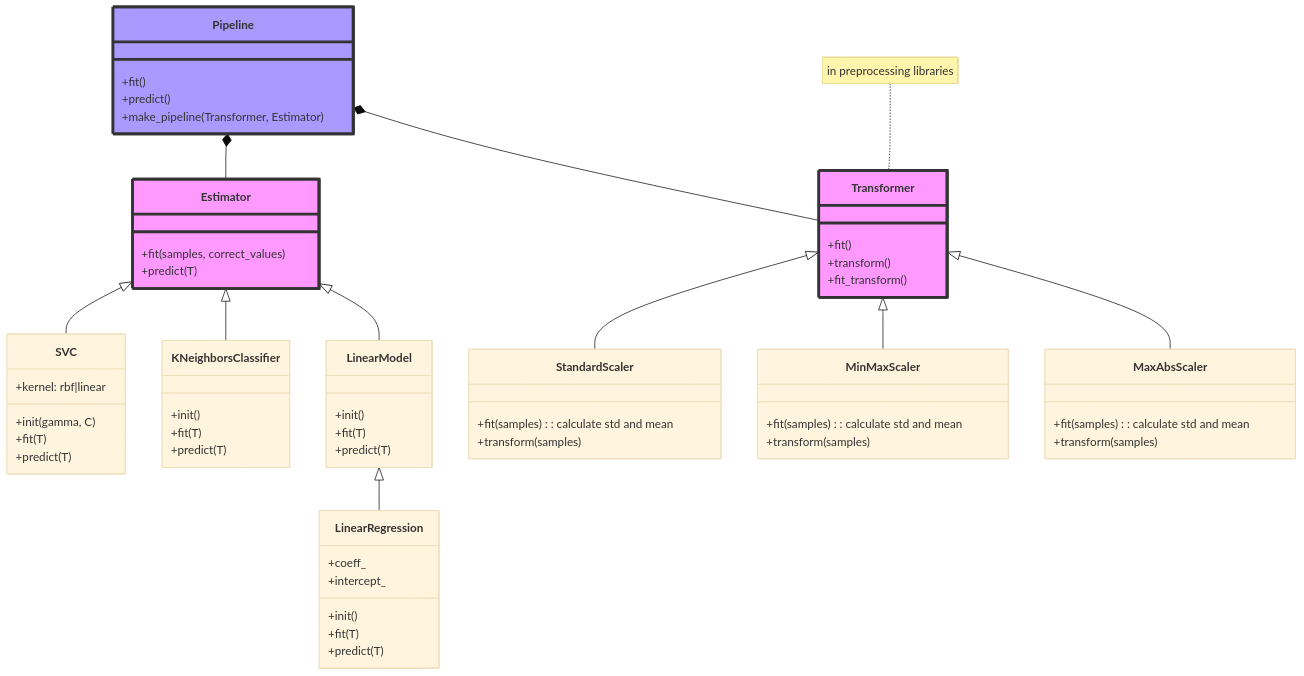
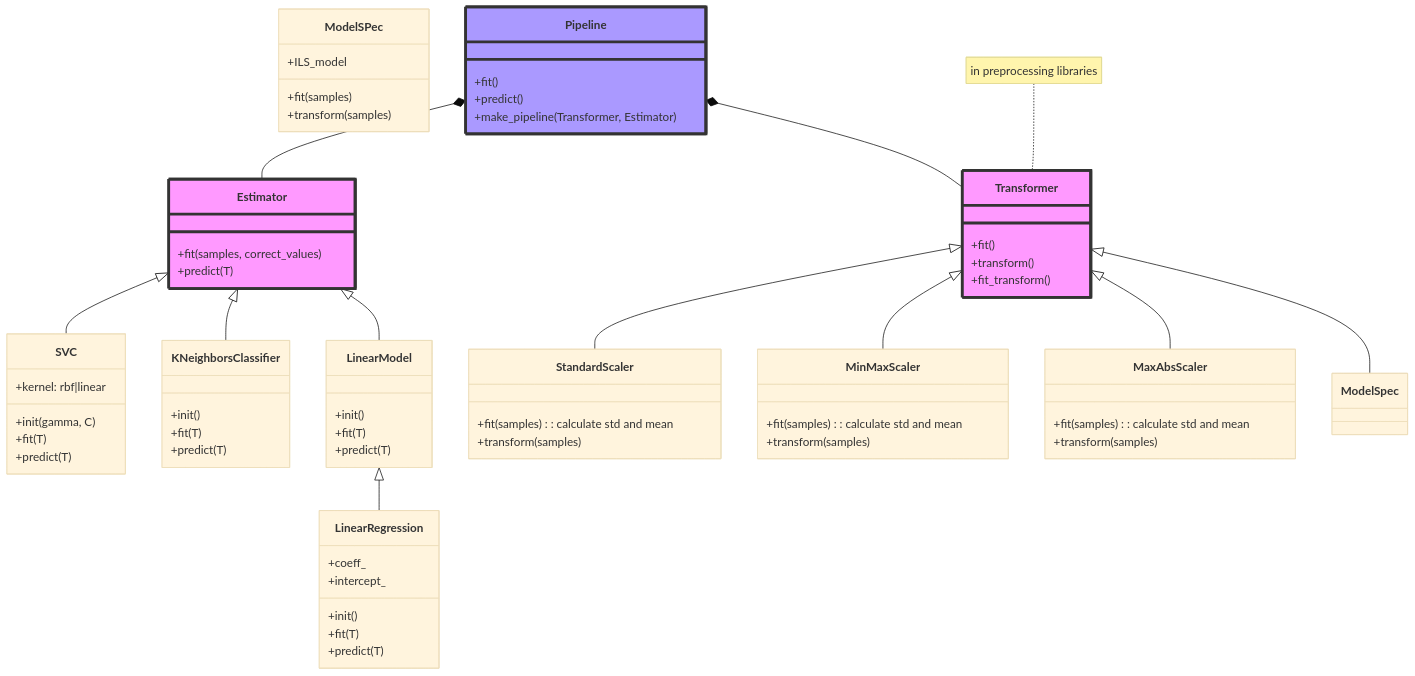
One commit to FDrico/statistical_learning changed the first of 5 diagrams in notebooks/machete.md. Above: the diagram before and after it, drawn with Mermaid (base theme). The commit also changed other lines of this file and 2 other files, not shown here.

````diff
--- a/notebooks/machete.md
+++ b/notebooks/machete.md
@@ -157,62 +168,68 @@
 ```mermaid
 classDiagram
     Estimator <|-- SVC
     Estimator <|-- KNeighborsClassifier
     Estimator <|-- LinearModel
     LinearModel <|-- LinearRegression
     Estimator: +fit(samples, correct_values)
     Estimator: +predict(T)
     style Estimator fill:#f9f,stroke:#333,stroke-width:4px
     class SVC{
         +kernel: rbf|linear
         +init(gamma, C)
         +fit(T)
         +predict(T)
     }
     class KNeighborsClassifier{
         +init()
         +fit(T)
         +predict(T)
     }
     class LinearModel{
         +init()
         +fit(T)
         +predict(T)
     }
     class LinearRegression{
         +coeff_
         +intercept_
         +init()
         +fit(T)
         +predict(T)
     }
 
     
     Transformer: +fit()
     style Transformer fill:#f9f,stroke:#333,stroke-width:4px
     Transformer: +transform()
     Transformer: +fit_transform()
     note for Transformer "in preprocessing libraries"
     Transformer <|-- StandardScaler
     Transformer <|-- MinMaxScaler
     Transformer <|-- MaxAbsScaler
+    Transformer <|-- ModelSpec
     class StandardScaler{
         +fit(samples): calculate std and mean
         +transform(samples)
     }
     class MinMaxScaler{
         +fit(samples): calculate std and mean
         +transform(samples)
     }
     class MaxAbsScaler{
         +fit(samples): calculate std and mean
         +transform(samples)
     }
+    class ModelSPec{
+        +ILS_model
+        +fit(samples)
+        +transform(samples)
+    }
 
     Pipeline *-- Transformer
     Pipeline *-- Estimator
     Pipeline: +fit()
     Pipeline: +predict()
     Pipeline: +make_pipeline(Transformer, Estimator)
     style Pipeline fill:#a9f,stroke:#333,stroke-width:4px
 ```
````
